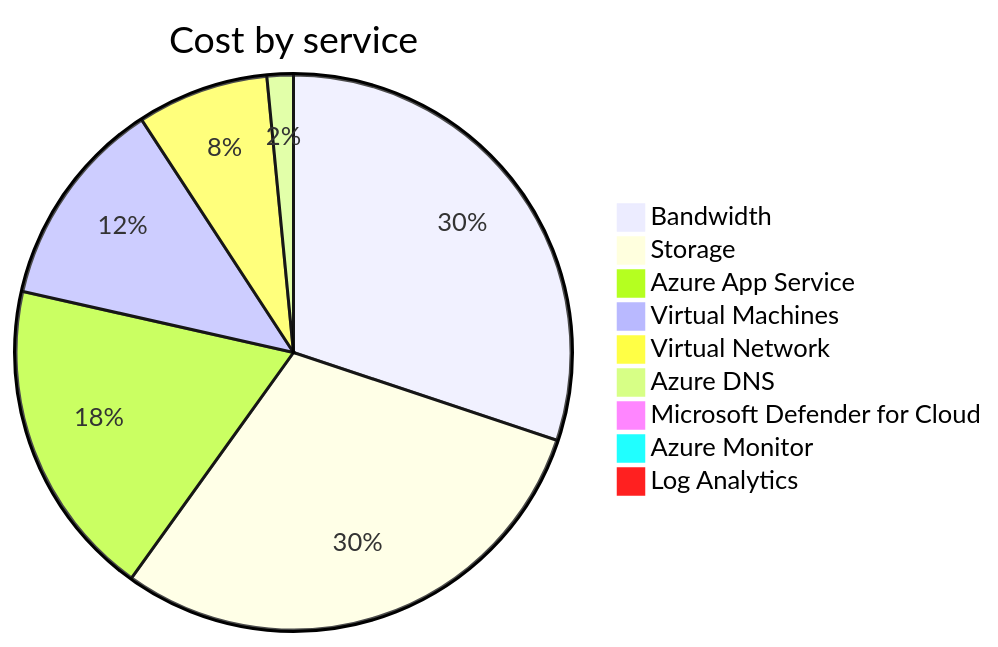
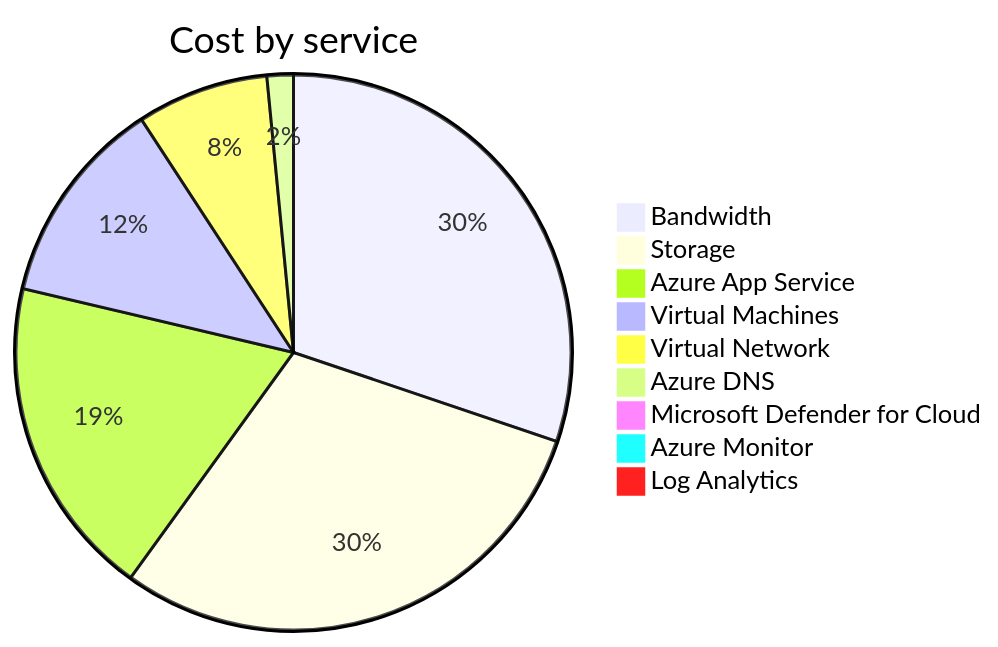
One commit to jpfulton/azure-personal-reports changed the second of 4 diagrams in cost-reports/accumulated-cost.md. Above: the diagram before and after it, drawn with Mermaid. The commit also changed other lines of this file and 4 other files, not shown here.

````diff
--- a/cost-reports/accumulated-cost.md
+++ b/cost-reports/accumulated-cost.md
@@ -99,13 +99,13 @@
 ```mermaid
 pie
    title Cost by service
-   "Bandwidth" : 2.75
-   "Storage" : 2.72
-   "Azure App Service" : 1.70
-   "Virtual Machines" : 1.12
-   "Virtual Network" : 0.70
-   "Azure DNS" : 0.14
-   "Microsoft Defender for Cloud" : 0.07
+   "Bandwidth" : 3.74
+   "Storage" : 3.69
+   "Azure App Service" : 2.32
+   "Virtual Machines" : 1.50
+   "Virtual Network" : 0.95
+   "Azure DNS" : 0.19
+   "Microsoft Defender for Cloud" : 0.10
    "Azure Monitor" : 0.00
    "Log Analytics" : 0.00
 ```
````
